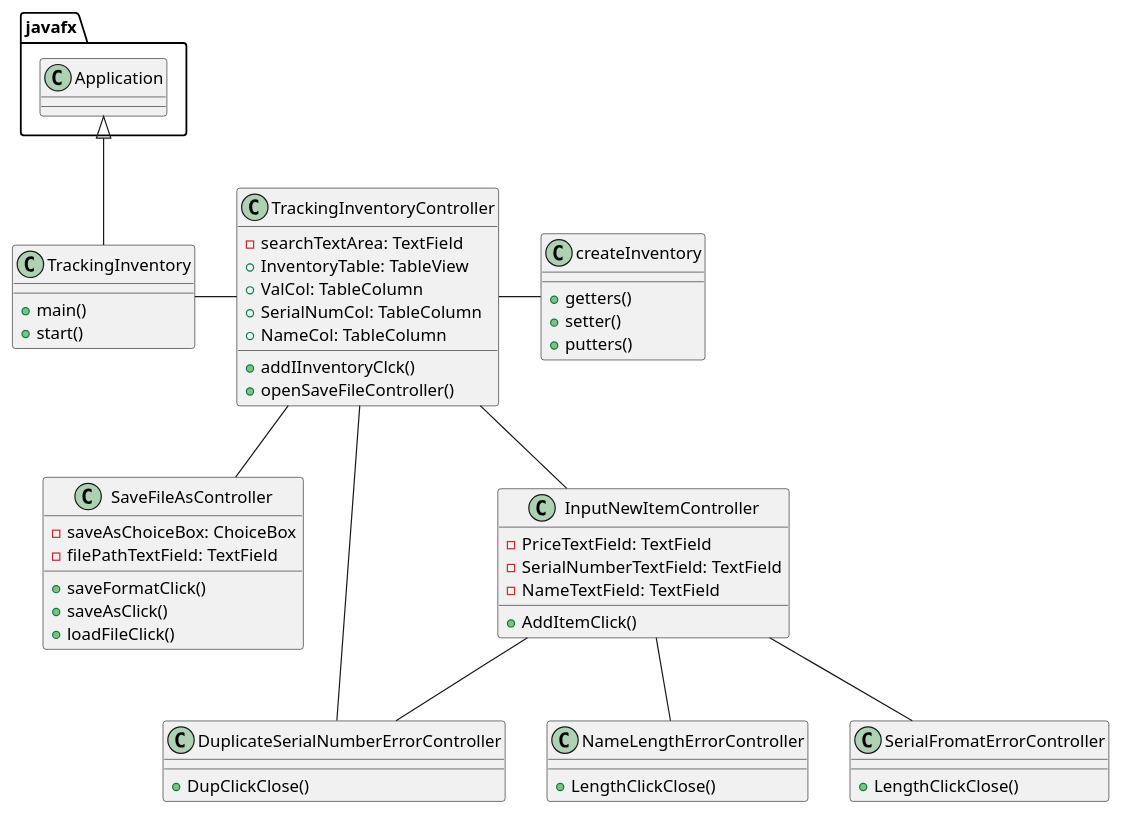
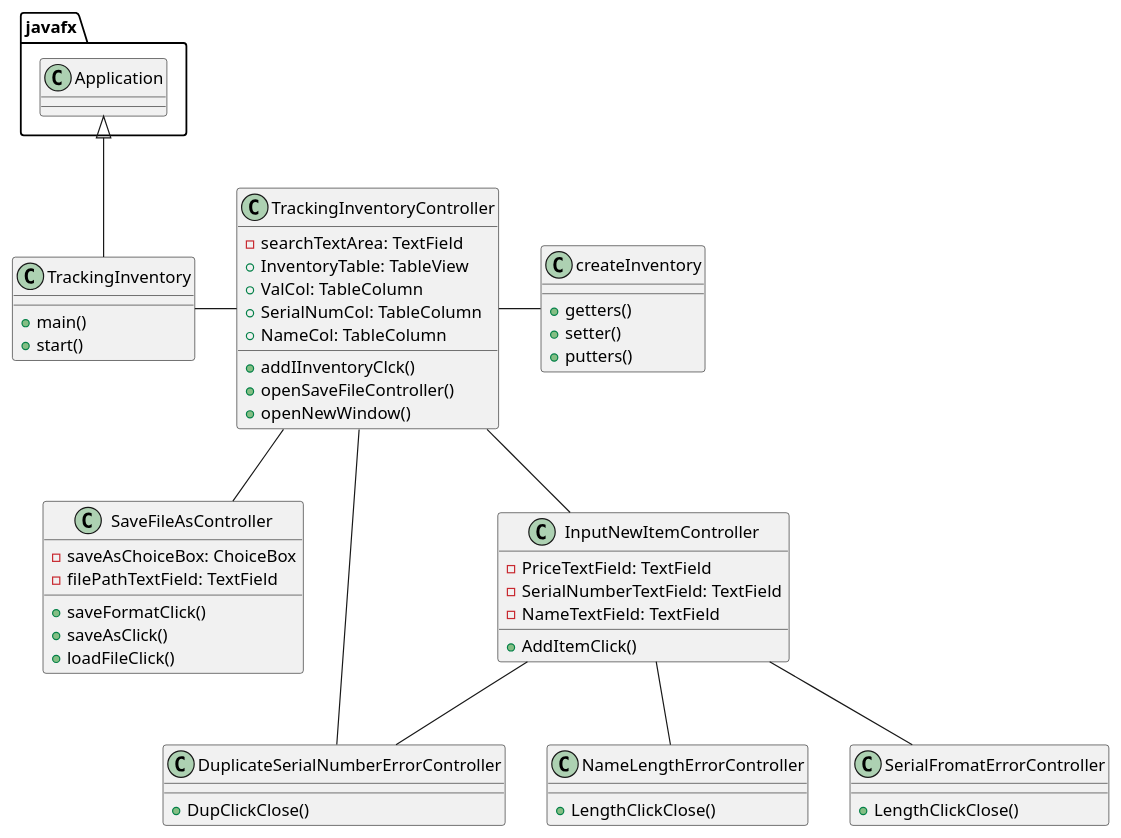
One commit to fshofiquel/Item-Inventory changed the diagram in uml/TrackingInventory.puml. Above: the diagram before and after it, drawn with PlantUML. The commit also changed 1 other file, not shown here.

Commit message:
Minor changes to the TrackingInventoryController method and updated plantuml to reflect this also removed this stupid TODO from here to somewhere else.

```diff
--- a/uml/TrackingInventory.puml
+++ b/uml/TrackingInventory.puml
@@ -1,74 +1,75 @@
 @startuml
 'https://plantuml.com/class-diagram
 
 class TrackingInventory
 {
     + main()
     + start()
 }
 
 class TrackingInventoryController
 {
     - searchTextArea: TextField
     + InventoryTable: TableView
     + ValCol: TableColumn
     + SerialNumCol: TableColumn
     + NameCol: TableColumn
 
     + addIInventoryClck()
     + openSaveFileController()
+    + openNewWindow()
 }
 
 class SaveFileAsController
 {
     - saveAsChoiceBox: ChoiceBox
     - filePathTextField: TextField
 
     + saveFormatClick()
     + saveAsClick()
     + loadFileClick()
 }
 
 class InputNewItemController
 {
     - PriceTextField: TextField
     - SerialNumberTextField: TextField
     - NameTextField: TextField
 
     + AddItemClick()
 }
 
 class DuplicateSerialNumberErrorController
 {
     + DupClickClose()
 }
 
 class NameLengthErrorController
 {
     + LengthClickClose()
 }
 
 class SerialFromatErrorController
 {
     + LengthClickClose()
 }
 
 class createInventory
 {
     +getters()
     +setter()
     +putters()
 }
 
 javafx.Application <|-- TrackingInventory
 
 TrackingInventory - TrackingInventoryController
 TrackingInventoryController - createInventory
 TrackingInventoryController -- SaveFileAsController
 TrackingInventoryController -- InputNewItemController
 TrackingInventoryController -- DuplicateSerialNumberErrorController
 InputNewItemController -- DuplicateSerialNumberErrorController
 InputNewItemController -- NameLengthErrorController
 InputNewItemController -- SerialFromatErrorController
 
 @enduml
```
